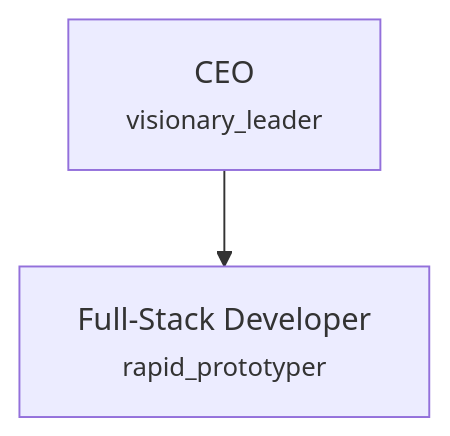
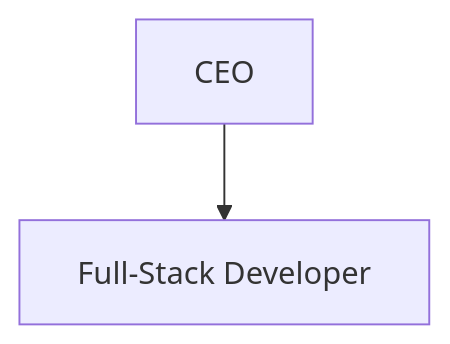
One commit to Aureliolo/synthorg changed the first of 2 diagrams in docs/guides/quickstart.md. Above: the diagram before and after it, drawn with Mermaid. The commit also changed other lines of this file and 140 other files, not shown here.

````diff
--- a/docs/guides/quickstart.md
+++ b/docs/guides/quickstart.md
@@ -26,6 +26,6 @@
 ```mermaid
 graph TD
-    CEO["CEO<br/><small>visionary_leader</small>"]
-    DEV["Full-Stack Developer<br/><small>rapid_prototyper</small>"]
+    CEO["CEO"]
+    DEV["Full-Stack Developer"]
     CEO --> DEV
 ```
````
